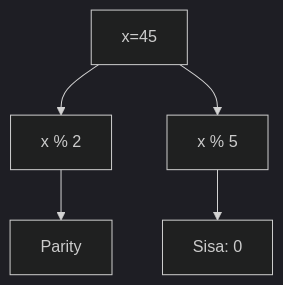
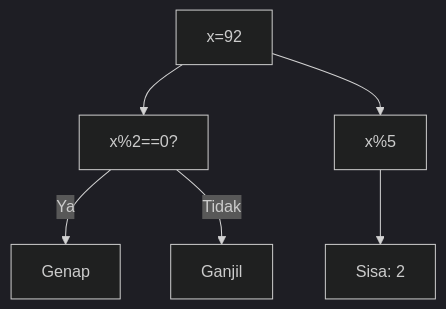
Before and after one commit to amnahwaida/OSNK_INF_PREP: diagram 13 of 25 in part-c-pemahaman-cpp/03-perulangan/latihan/set-01.md, drawn with Mermaid (dark theme). The commit also changed other lines of this file and 71 other files, not shown here.

Commit message:
Fixed Mermaid syntax lexical errors with quoted labels in 1,800 questions

````diff
--- a/part-c-pemahaman-cpp/03-perulangan/latihan/set-01.md
+++ b/part-c-pemahaman-cpp/03-perulangan/latihan/set-01.md
@@ -447,7 +408,8 @@
 ```mermaid
 graph TD
-A[x=45] --> B[x % 2]
-B --> C[Parity]
-A --> D[x % 5]
-D --> E[Sisa: 0]
+A["x=92"] --> B["x%2==0?"]
+B -- Ya --> C["Genap"]
+B -- Tidak --> D["Ganjil"]
+A --> E["x%5"]
+E --> F["Sisa: 2"]
 ```
````
